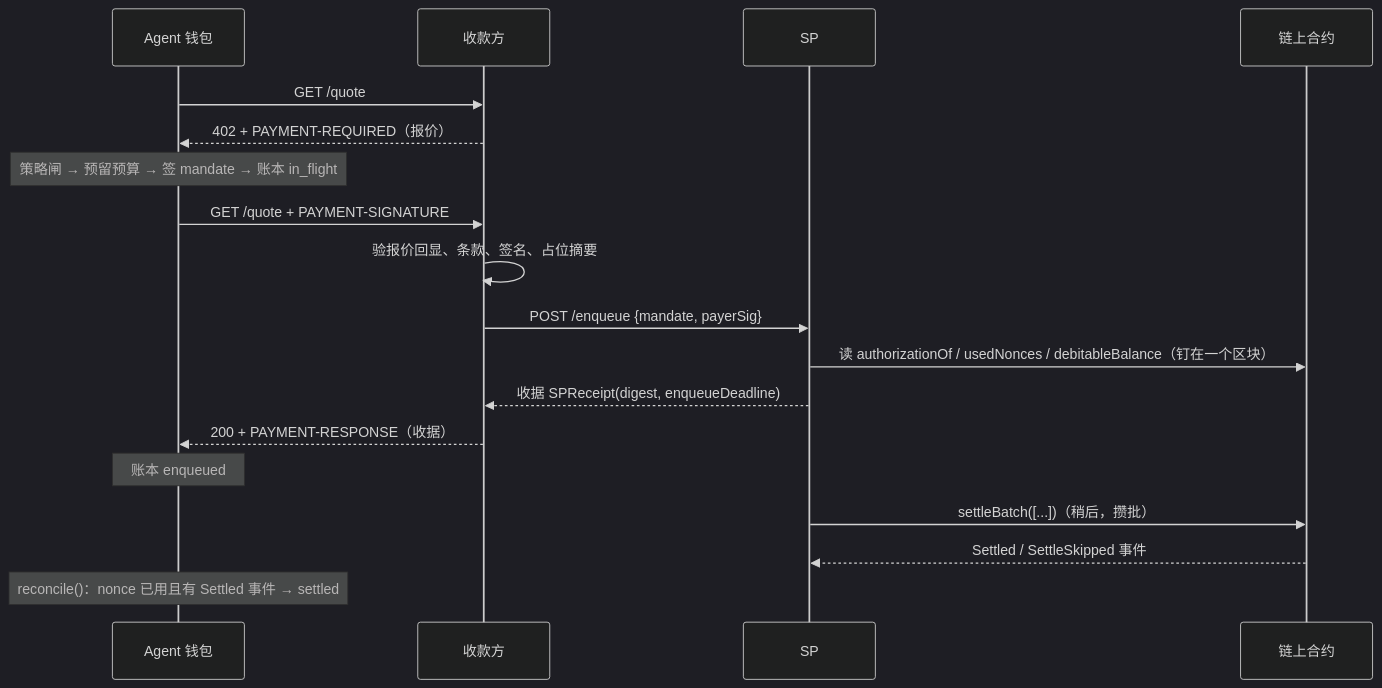
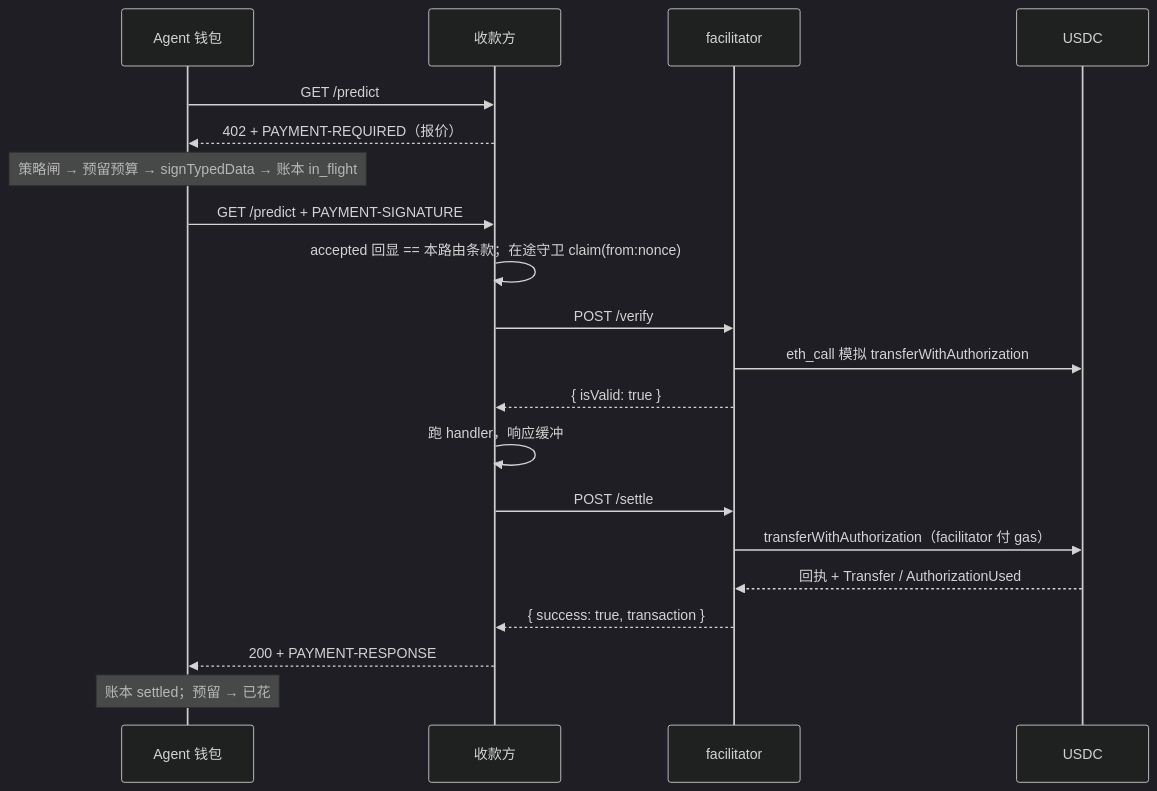
Before and after one commit to linqizhe07/agentpay: the second of 2 diagrams in docs/technical-report.md, drawn with Mermaid (dark theme). The commit also changed other lines of this file and 3 other files, not shown here.

````diff
--- a/docs/technical-report.md
+++ b/docs/technical-report.md
@@ -66,20 +73,22 @@
 ```mermaid
 sequenceDiagram
   participant A as Agent 钱包
   participant P as 收款方
-  participant S as SP
-  participant C as 链上合约
-  A->>P: GET /quote
+  participant F as facilitator
+  participant U as USDC
+  A->>P: GET /predict
   P-->>A: 402 + PAYMENT-REQUIRED（报价）
-  Note over A: 策略闸 → 预留预算 → 签 mandate → 账本 in_flight
-  A->>P: GET /quote + PAYMENT-SIGNATURE
-  P->>P: 验报价回显、条款、签名、占位摘要
-  P->>S: POST /enqueue {mandate, payerSig}
-  S->>C: 读 authorizationOf / usedNonces / debitableBalance（钉在一个区块）
-  S-->>P: 收据 SPReceipt(digest, enqueueDeadline)
-  P-->>A: 200 + PAYMENT-RESPONSE（收据）
-  Note over A: 账本 enqueued
-  S->>C: settleBatch([...])（稍后，攒批）
-  C-->>S: Settled / SettleSkipped 事件
-  Note over A: reconcile()：nonce 已用且有 Settled 事件 → settled
+  Note over A: 策略闸 → 预留预算 → signTypedData → 账本 in_flight
+  A->>P: GET /predict + PAYMENT-SIGNATURE
+  P->>P: accepted 回显 == 本路由条款；在途守卫 claim(from:nonce)
+  P->>F: POST /verify
+  F->>U: eth_call 模拟 transferWithAuthorization
+  F-->>P: { isValid: true }
+  P->>P: 跑 handler，响应缓冲
+  P->>F: POST /settle
+  F->>U: transferWithAuthorization（facilitator 付 gas）
+  U-->>F: 回执 + Transfer / AuthorizationUsed
+  F-->>P: { success: true, transaction }
+  P-->>A: 200 + PAYMENT-RESPONSE
+  Note over A: 账本 settled；预留 → 已花
 ```
````
